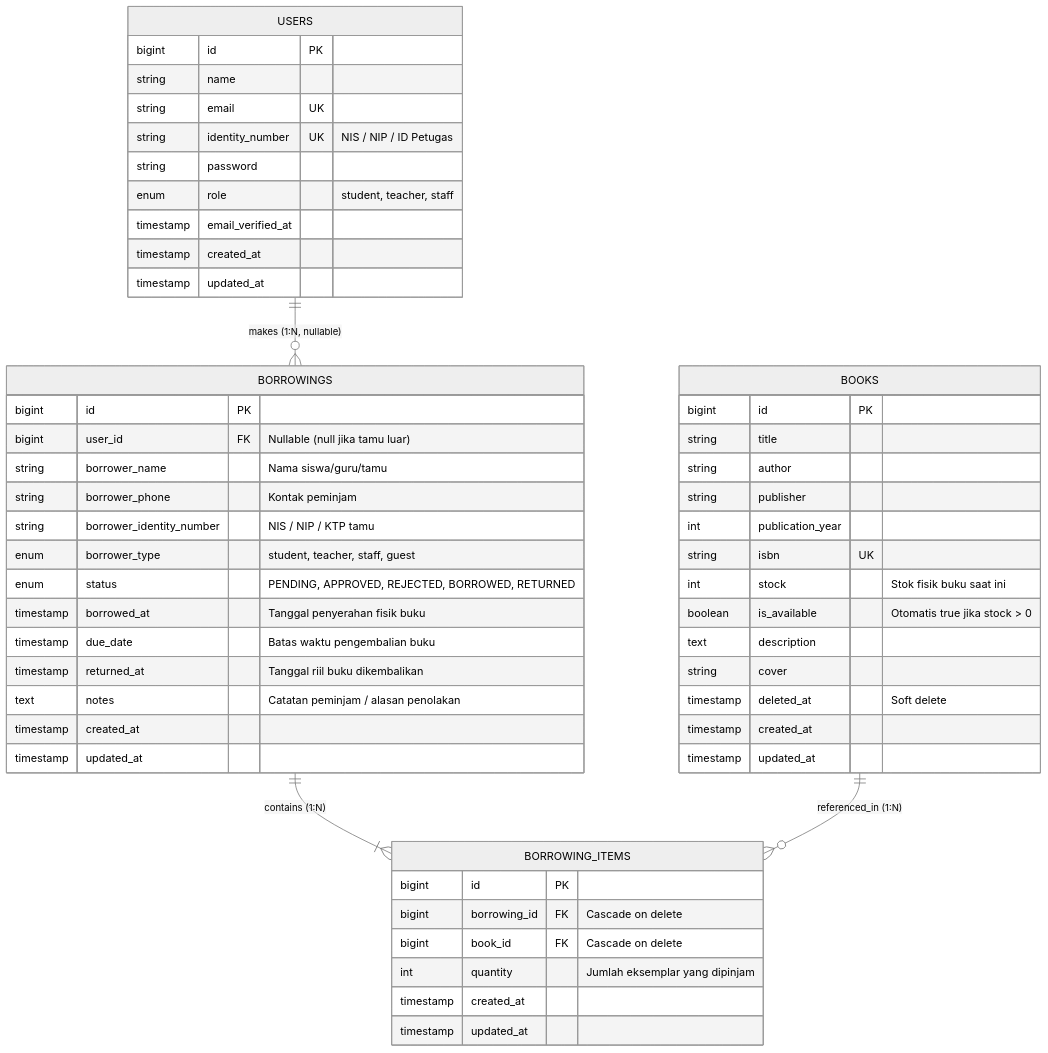
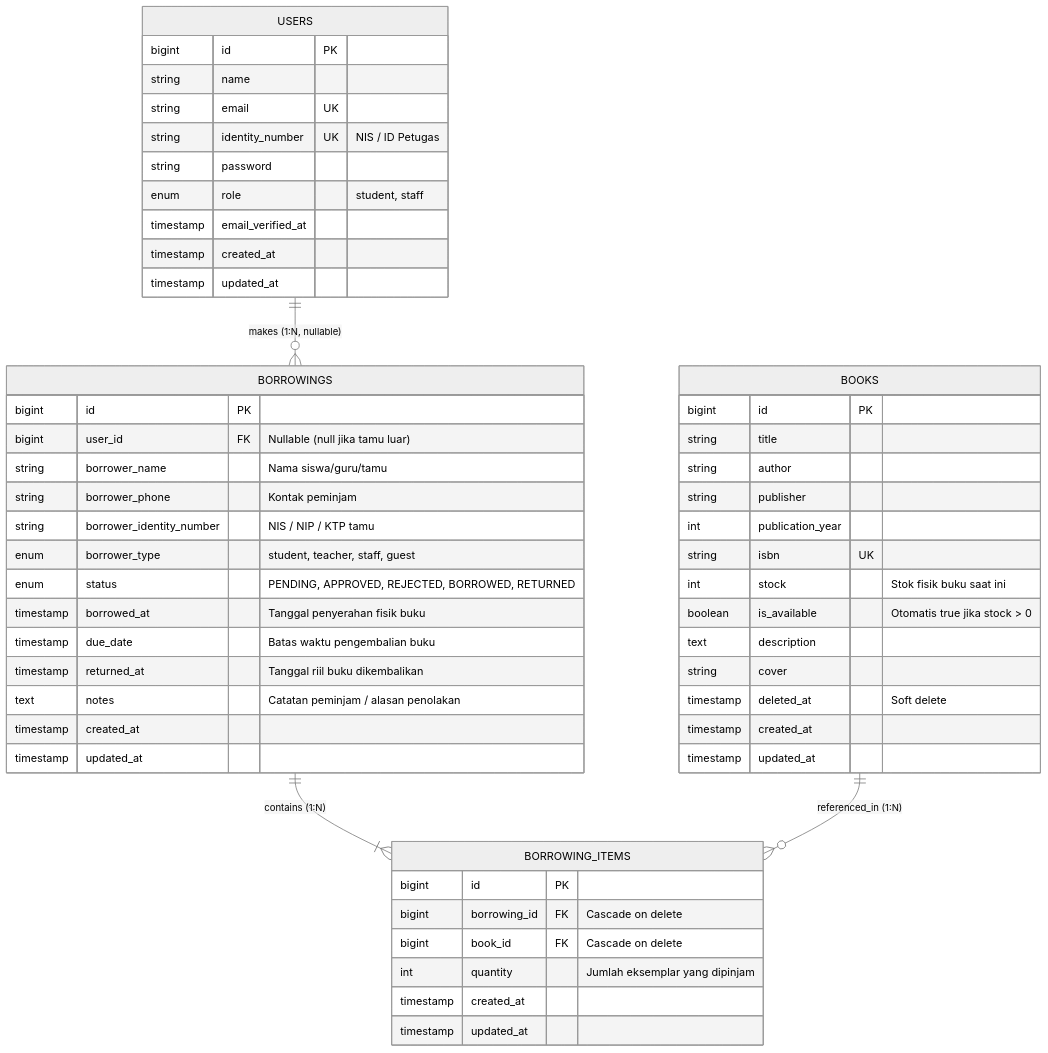
One commit to faridl29/sipus_api changed the first of 4 diagrams in RANCANGAN_SISTEM_DAN_DATABASE.md. Above: the diagram before and after it, drawn with Mermaid (neutral theme). The commit also changed other lines of this file and 14 other files, not shown here.

Commit message:
refactor: remove teacher role and update borrowing duration logic

````diff
--- a/RANCANGAN_SISTEM_DAN_DATABASE.md
+++ b/RANCANGAN_SISTEM_DAN_DATABASE.md
@@ -14,59 +14,59 @@
 ```mermaid
 erDiagram
     USERS ||--o{ BORROWINGS : "makes (1:N, nullable)"
     BORROWINGS ||--|{ BORROWING_ITEMS : "contains (1:N)"
     BOOKS ||--o{ BORROWING_ITEMS : "referenced_in (1:N)"
 
     USERS {
         bigint id PK
         string name
         string email UK
-        string identity_number UK "NIS / NIP / ID Petugas"
+        string identity_number UK "NIS / ID Petugas"
         string password
-        enum role "student, teacher, staff"
+        enum role "student, staff"
         timestamp email_verified_at
         timestamp created_at
         timestamp updated_at
     }
 
     BOOKS {
         bigint id PK
         string title
         string author
         string publisher
         int publication_year
         string isbn UK
         int stock "Stok fisik buku saat ini"
         boolean is_available "Otomatis true jika stock > 0"
         text description
         string cover
         timestamp deleted_at "Soft delete"
         timestamp created_at
         timestamp updated_at
     }
 
     BORROWINGS {
         bigint id PK
         bigint user_id FK "Nullable (null jika tamu luar)"
         string borrower_name "Nama siswa/guru/tamu"
         string borrower_phone "Kontak peminjam"
         string borrower_identity_number "NIS / NIP / KTP tamu"
         enum borrower_type "student, teacher, staff, guest"
         enum status "PENDING, APPROVED, REJECTED, BORROWED, RETURNED"
         timestamp borrowed_at "Tanggal penyerahan fisik buku"
         timestamp due_date "Batas waktu pengembalian buku"
         timestamp returned_at "Tanggal riil buku dikembalikan"
         text notes "Catatan peminjam / alasan penolakan"
         timestamp created_at
         timestamp updated_at
     }
 
     BORROWING_ITEMS {
         bigint id PK
         bigint borrowing_id FK "Cascade on delete"
         bigint book_id FK "Cascade on delete"
         int quantity "Jumlah eksemplar yang dipinjam"
         timestamp created_at
         timestamp updated_at
     }
 ```
````
